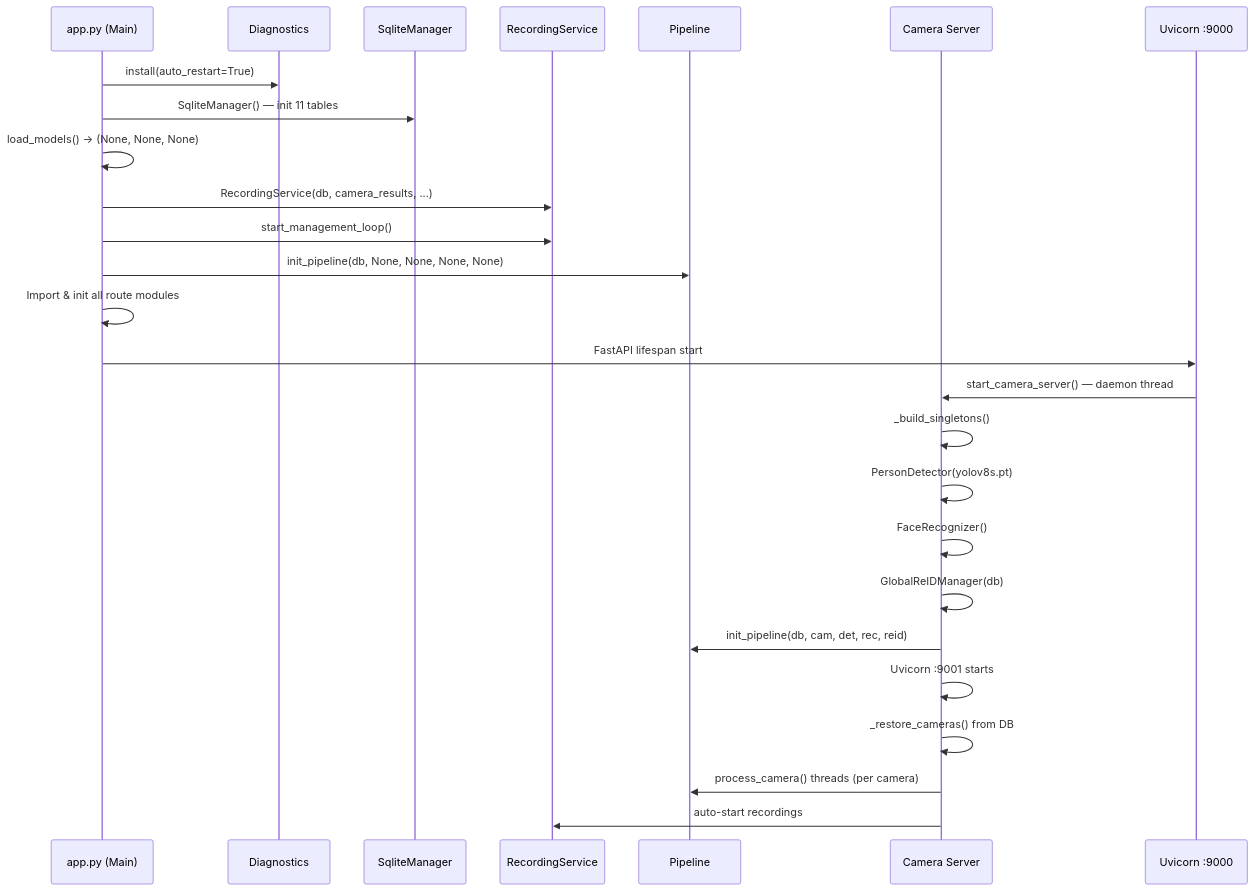
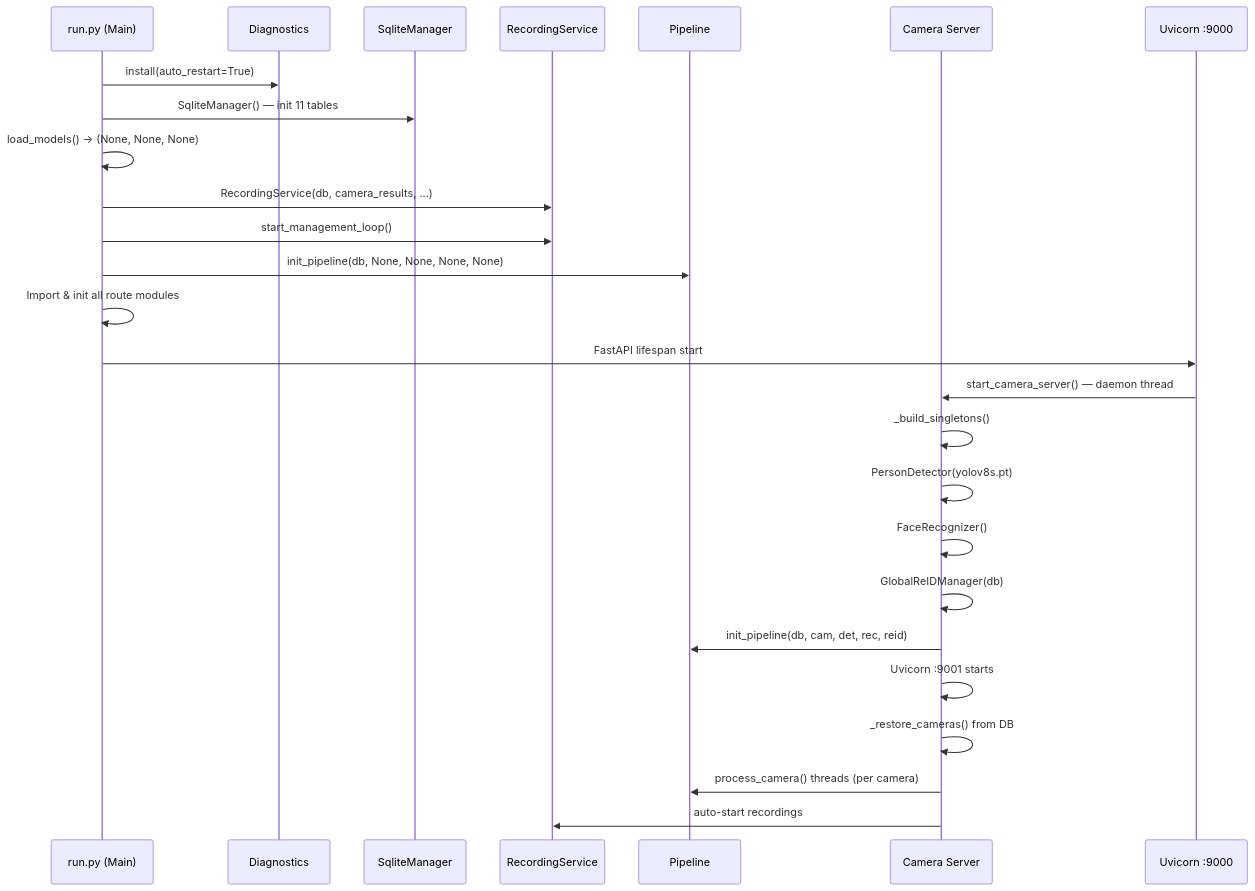
The third of 9 diagrams in docs/docs.md (GAuravgiy87/ai), drawn with Mermaid before and after one commit. The commit also changed other lines of this file and 84 other files, not shown here.

````diff
--- a/docs/docs.md
+++ b/docs/docs.md
@@ -587,29 +587,29 @@
 ```mermaid
 sequenceDiagram
-    participant App as app.py (Main)
+    participant App as run.py (Main)
     participant Diag as Diagnostics
     participant DB as SqliteManager
     participant REC as RecordingService
     participant PL as Pipeline
     participant CS as Camera Server
     participant UV as Uvicorn :9000
 
     App->>Diag: install(auto_restart=True)
     App->>DB: SqliteManager() — init 11 tables
     App->>App: load_models() → (None, None, None)
     App->>REC: RecordingService(db, camera_results, ...)
     App->>REC: start_management_loop()
     App->>PL: init_pipeline(db, None, None, None, None)
     App->>App: Import & init all route modules
     App->>UV: FastAPI lifespan start
     UV->>CS: start_camera_server() — daemon thread
     CS->>CS: _build_singletons()
     CS->>CS: PersonDetector(yolov8s.pt)
     CS->>CS: FaceRecognizer()
     CS->>CS: GlobalReIDManager(db)
     CS->>PL: init_pipeline(db, cam, det, rec, reid)
     CS->>CS: Uvicorn :9001 starts
     CS->>CS: _restore_cameras() from DB
     CS->>PL: process_camera() threads (per camera)
     CS->>REC: auto-start recordings
 ```
````
